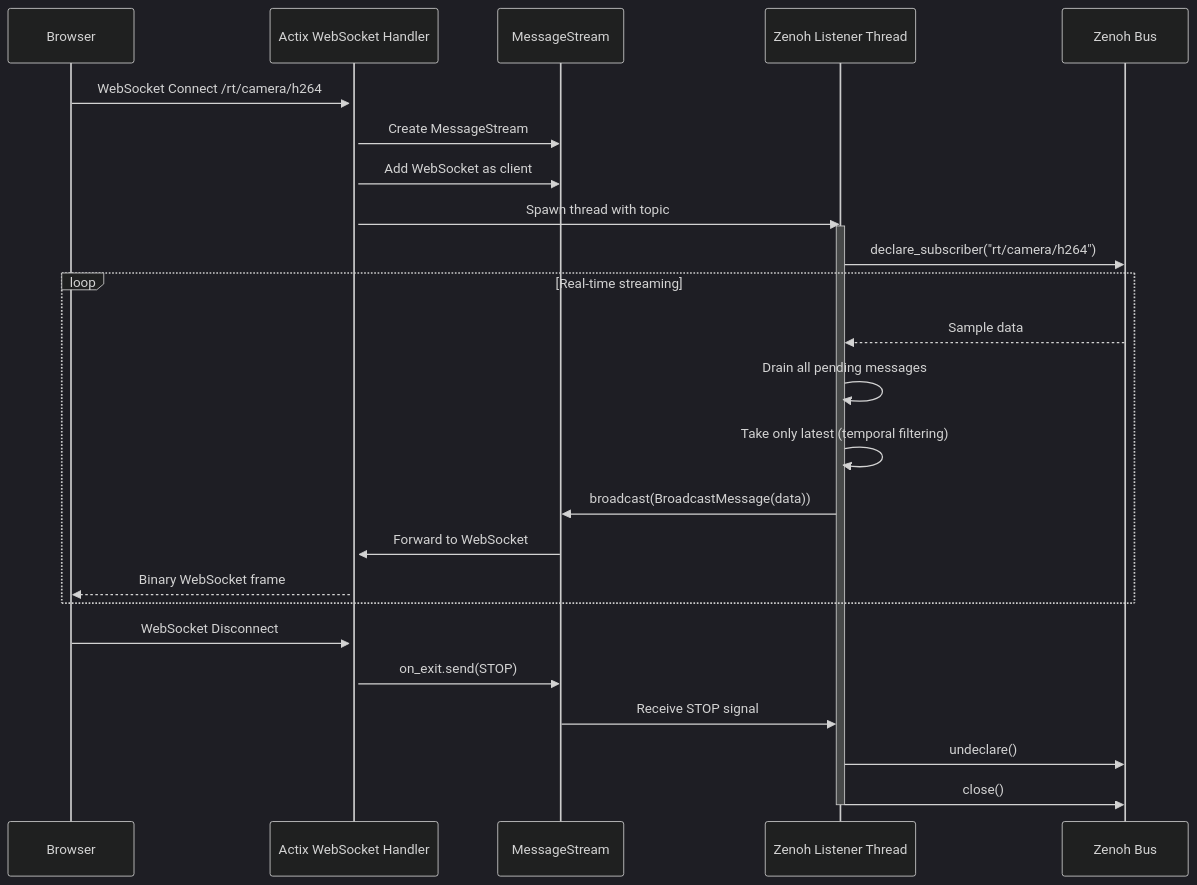
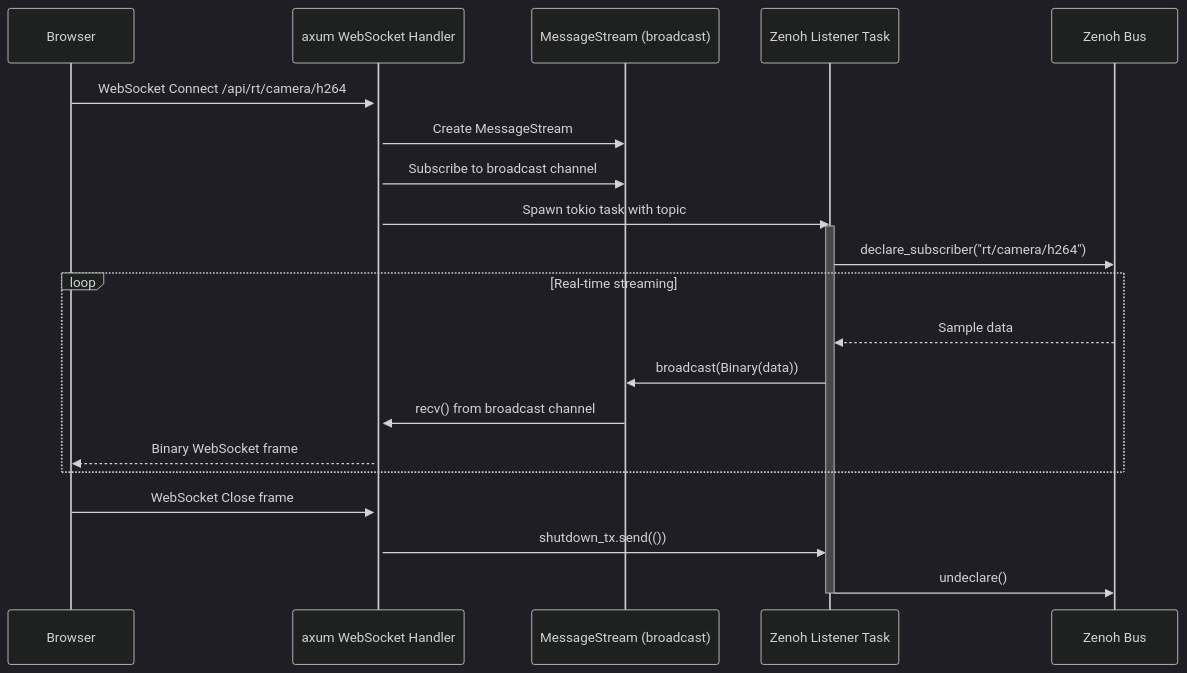
The third of 21 diagrams in ARCHITECTURE.md (EdgeFirstAI/websrv), drawn with Mermaid (dark theme) before and after one commit. The commit also changed other lines of this file and 3 other files, not shown here.

````diff
--- a/ARCHITECTURE.md
+++ b/ARCHITECTURE.md
@@ -187,32 +187,28 @@
 ```mermaid
 sequenceDiagram
     participant Browser
-    participant ActixWS as Actix WebSocket Handler
-    participant Stream as MessageStream
-    participant Zenoh as Zenoh Listener Thread
+    participant AxumWS as axum WebSocket Handler
+    participant Stream as MessageStream (broadcast)
+    participant Zenoh as Zenoh Listener Task
     participant ZenohBus as Zenoh Bus
 
-    Browser->>+ActixWS: WebSocket Connect /rt/camera/h264
-    ActixWS->>Stream: Create MessageStream
-    ActixWS->>Stream: Add WebSocket as client
-    ActixWS->>Zenoh: Spawn thread with topic
+    Browser->>+AxumWS: WebSocket Connect /api/rt/camera/h264
+    AxumWS->>Stream: Create MessageStream
+    AxumWS->>Stream: Subscribe to broadcast channel
+    AxumWS->>Zenoh: Spawn tokio task with topic
 
     activate Zenoh
     Zenoh->>ZenohBus: declare_subscriber("rt/camera/h264")
 
     loop Real-time streaming
         ZenohBus-->>Zenoh: Sample data
-        Zenoh->>Zenoh: Drain all pending messages
-        Zenoh->>Zenoh: Take only latest (temporal filtering)
-        Zenoh->>Stream: broadcast(BroadcastMessage(data))
-        Stream->>ActixWS: Forward to WebSocket
-        ActixWS-->>Browser: Binary WebSocket frame
+        Zenoh->>Stream: broadcast(Binary(data))
+        Stream->>AxumWS: recv() from broadcast channel
+        AxumWS-->>Browser: Binary WebSocket frame
     end
 
-    Browser->>ActixWS: WebSocket Disconnect
-    ActixWS->>Stream: on_exit.send(STOP)
-    Stream->>Zenoh: Receive STOP signal
+    Browser->>AxumWS: WebSocket Close frame
+    AxumWS->>Zenoh: shutdown_tx.send(())
     Zenoh->>ZenohBus: undeclare()
-    Zenoh->>ZenohBus: close()
     deactivate Zenoh
 ```
````
